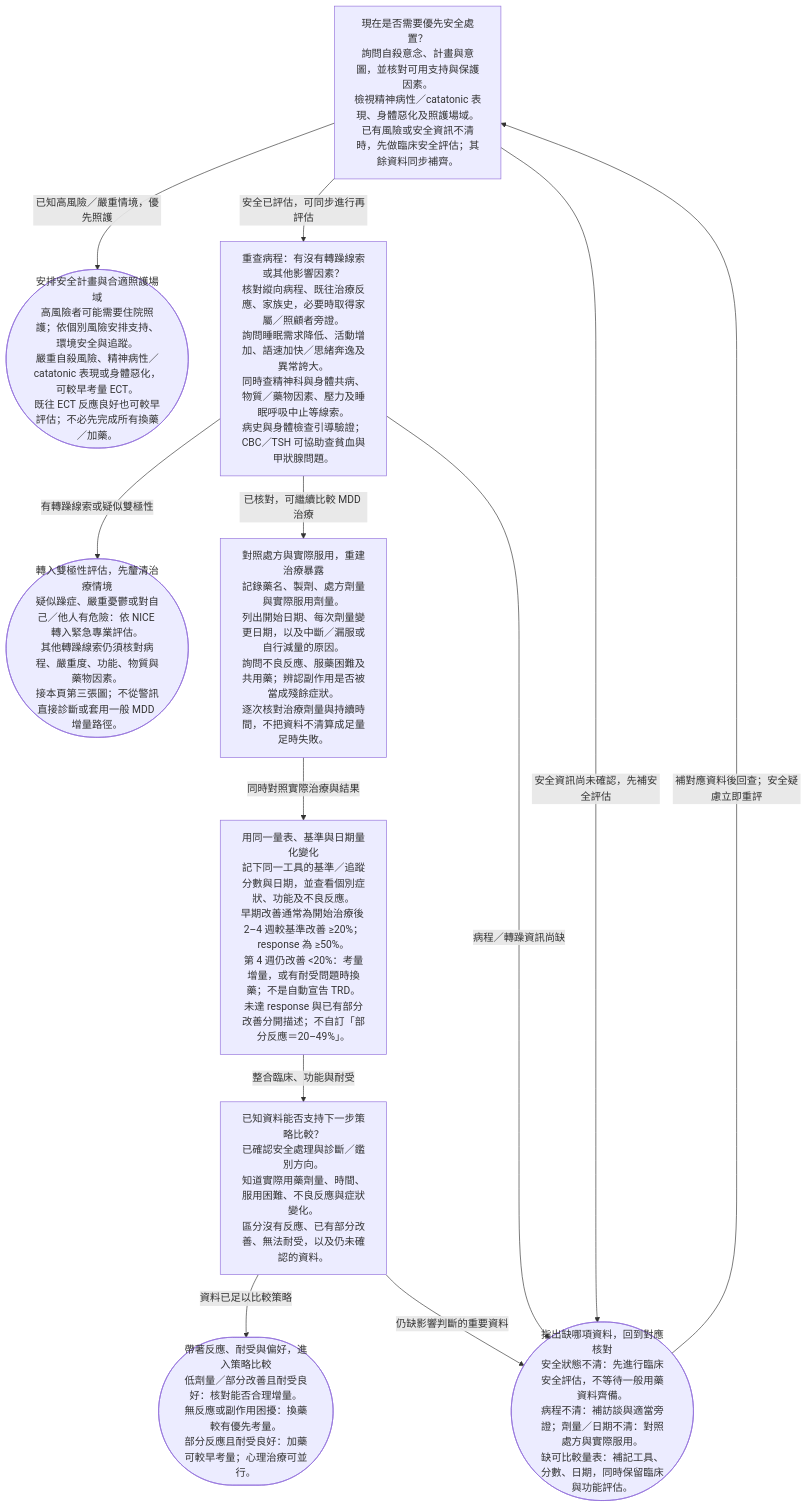
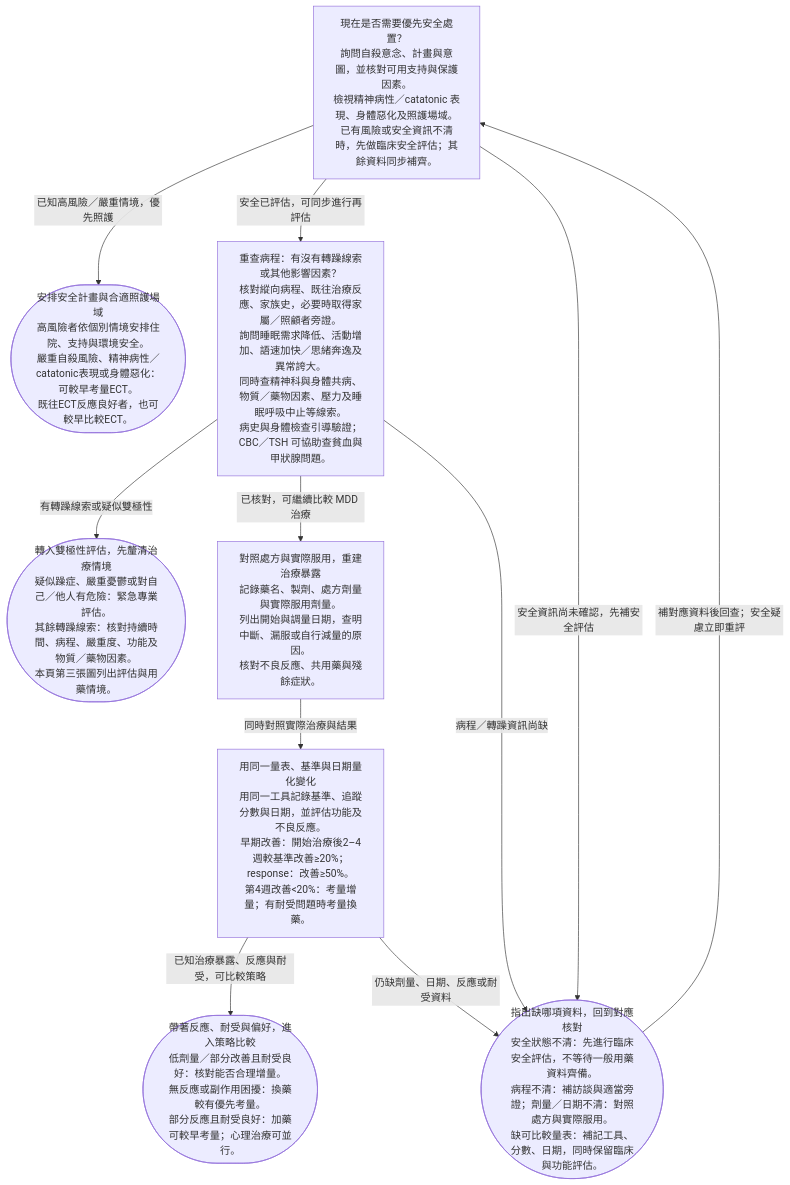
Before and after one commit to RoyARVSA/Medwiki: the diagram in assets/figures/flows/mdd-canmat-reassessment.mmd, drawn with Mermaid. The commit also changed 70 other files, not shown here.

```diff
--- a/assets/figures/flows/mdd-canmat-reassessment.mmd
+++ b/assets/figures/flows/mdd-canmat-reassessment.mmd
@@ -1,21 +1,19 @@
 flowchart TD
   n0["現在是否需要優先安全處置？#10;詢問自殺意念、計畫與意圖，並核對可用支持與保護因素。#10;檢視精神病性／catatonic 表現、身體惡化及照護場域。#10;已有風險或安全資訊不清時，先做臨床安全評估；其餘資料同步補齊。"]
-  n1(["安排安全計畫與合適照護場域#10;高風險者可能需要住院照護；依個別風險安排支持、環境安全與追蹤。#10;嚴重自殺風險、精神病性／catatonic 表現或身體惡化，可較早考量 ECT。#10;既往 ECT 反應良好也可較早評估；不必先完成所有換藥／加藥。"])
+  n1(["安排安全計畫與合適照護場域#10;高風險者依個別情境安排住院、支持與環境安全。#10;嚴重自殺風險、精神病性／catatonic表現或身體惡化：可較早考量ECT。#10;既往ECT反應良好者，也可較早比較ECT。"])
   n2["重查病程：有沒有轉躁線索或其他影響因素？#10;核對縱向病程、既往治療反應、家族史，必要時取得家屬／照顧者旁證。#10;詢問睡眠需求降低、活動增加、語速加快／思緒奔逸及異常誇大。#10;同時查精神科與身體共病、物質／藥物因素、壓力及睡眠呼吸中止等線索。#10;病史與身體檢查引導驗證；CBC／TSH 可協助查貧血與甲狀腺問題。"]
-  n3(["轉入雙極性評估，先釐清治療情境#10;疑似躁症、嚴重憂鬱或對自己／他人有危險：依 NICE 轉入緊急專業評估。#10;其他轉躁線索仍須核對病程、嚴重度、功能、物質與藥物因素。#10;接本頁第三張圖；不從警訊直接診斷或套用一般 MDD 增量路徑。"])
-  n4["對照處方與實際服用，重建治療暴露#10;記錄藥名、製劑、處方劑量與實際服用劑量。#10;列出開始日期、每次劑量變更日期，以及中斷／漏服或自行減量的原因。#10;詢問不良反應、服藥困難及共用藥；辨認副作用是否被當成殘餘症狀。#10;逐次核對治療劑量與持續時間，不把資料不清算成足量足時失敗。"]
-  n5["用同一量表、基準與日期量化變化#10;記下同一工具的基準／追蹤分數與日期，並查看個別症狀、功能及不良反應。#10;早期改善通常為開始治療後 2–4 週較基準改善 ≥20%；response 為 ≥50%。#10;第 4 週仍改善 #60;20%：考量增量，或有耐受問題時換藥；不是自動宣告 TRD。#10;未達 response 與已有部分改善分開描述；不自訂「部分反應＝20–49%」。"]
-  n6["已知資料能否支持下一步策略比較？#10;已確認安全處理與診斷／鑑別方向。#10;知道實際用藥劑量、時間、服用困難、不良反應與症狀變化。#10;區分沒有反應、已有部分改善、無法耐受，以及仍未確認的資料。"]
-  n7(["指出缺哪項資料，回到對應核對#10;安全狀態不清：先進行臨床安全評估，不等待一般用藥資料齊備。#10;病程不清：補訪談與適當旁證；劑量／日期不清：對照處方與實際服用。#10;缺可比較量表：補記工具、分數、日期，同時保留臨床與功能評估。"])
-  n8(["帶著反應、耐受與偏好，進入策略比較#10;低劑量／部分改善且耐受良好：核對能否合理增量。#10;無反應或副作用困擾：換藥較有優先考量。#10;部分反應且耐受良好：加藥可較早考量；心理治療可並行。"])
+  n3(["轉入雙極性評估，先釐清治療情境#10;疑似躁症、嚴重憂鬱或對自己／他人有危險：緊急專業評估。#10;其餘轉躁線索：核對持續時間、病程、嚴重度、功能及物質／藥物因素。#10;本頁第三張圖列出評估與用藥情境。"])
+  n4["對照處方與實際服用，重建治療暴露#10;記錄藥名、製劑、處方劑量與實際服用劑量。#10;列出開始與調量日期，查明中斷、漏服或自行減量的原因。#10;核對不良反應、共用藥與殘餘症狀。"]
+  n5["用同一量表、基準與日期量化變化#10;用同一工具記錄基準、追蹤分數與日期，並評估功能及不良反應。#10;早期改善：開始治療後2–4週較基準改善≥20%；response：改善≥50%。#10;第4週改善#60;20%：考量增量；有耐受問題時考量換藥。"]
+  n6(["指出缺哪項資料，回到對應核對#10;安全狀態不清：先進行臨床安全評估，不等待一般用藥資料齊備。#10;病程不清：補訪談與適當旁證；劑量／日期不清：對照處方與實際服用。#10;缺可比較量表：補記工具、分數、日期，同時保留臨床與功能評估。"])
+  n7(["帶著反應、耐受與偏好，進入策略比較#10;低劑量／部分改善且耐受良好：核對能否合理增量。#10;無反應或副作用困擾：換藥較有優先考量。#10;部分反應且耐受良好：加藥可較早考量；心理治療可並行。"])
   n0 -->|"已知高風險／嚴重情境，優先照護"| n1
   n0 -->|"安全已評估，可同步進行再評估"| n2
-  n0 -->|"安全資訊尚未確認，先補安全評估"| n7
+  n0 -->|"安全資訊尚未確認，先補安全評估"| n6
   n2 -->|"有轉躁線索或疑似雙極性"| n3
   n2 -->|"已核對，可繼續比較 MDD 治療"| n4
-  n2 -->|"病程／轉躁資訊尚缺"| n7
+  n2 -->|"病程／轉躁資訊尚缺"| n6
   n4 -->|"同時對照實際治療與結果"| n5
-  n5 -->|"整合臨床、功能與耐受"| n6
-  n6 -->|"資料已足以比較策略"| n8
-  n6 -->|"仍缺影響判斷的重要資料"| n7
-  n7 -->|"補對應資料後回查；安全疑慮立即重評"| n0
+  n6 -->|"補對應資料後回查；安全疑慮立即重評"| n0
+  n5 -->|"已知治療暴露、反應與耐受，可比較策略"| n7
+  n5 -->|"仍缺劑量、日期、反應或耐受資料"| n6
```
